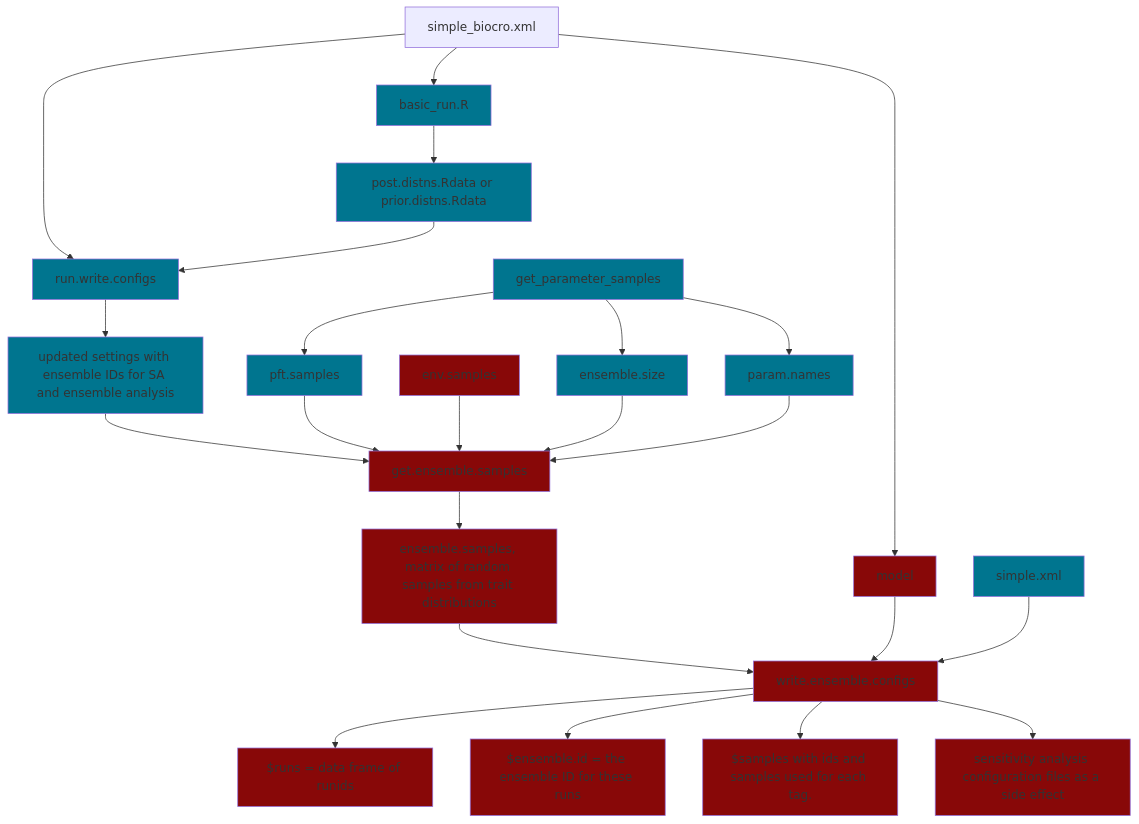
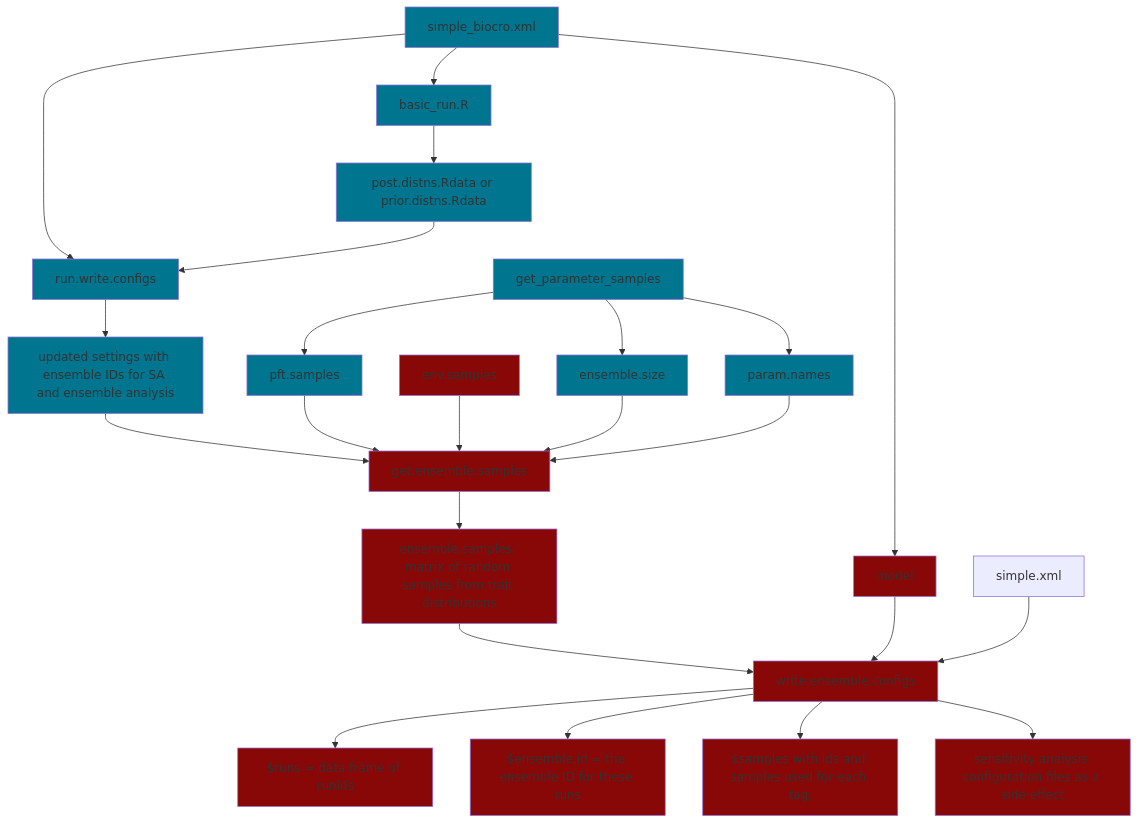
One commit to ecamo19/gsoc_project_2022_vm changed the diagram in README.md. Above: the diagram before and after it, drawn with Mermaid.

````diff
--- a/README.md
+++ b/README.md
@@ -47,58 +47,58 @@
 ```mermaid
   graph TD;
       simple_biocro.xml-->run.write.configs;
       simple_biocro.xml-->basic_run.R;
       simple_biocro.xml-->model;
       
       basic_run.R-->posterior.files[post.distns.Rdata or prior.distns.Rdata];
       posterior.files[post.distns.Rdata or prior.distns.Rdata]-->run.write.configs;
       run.write.configs-->output_1[updated settings with ensemble IDs for SA and ensemble analysis ];
       output_1[updated settings with ensemble IDs for SA and ensemble analysis]-->get.ensemble.samples;
       
       input_get_ensemble_1[pft.samples]-->get.ensemble.samples;
       input_get_ensemble_2[env.samples]-->get.ensemble.samples;
       input_get_ensemble_3[ensemble.size]-->get.ensemble.samples;
       input_get_ensemble_4[param.names]-->get.ensemble.samples;
       
       get_parameter_samples-->input_get_ensemble_1[pft.samples];  
       get_parameter_samples-->input_get_ensemble_3[ensemble.size];
       get_parameter_samples-->input_get_ensemble_4[param.names];
       get.ensemble.samples-->output_get_ensemble[ensemble.samples, matrix of random samples from trait distributions];
       
       output_get_ensemble[ensemble.samples, matrix of random samples from trait distributions]-->write.ensemble.configs;
       model-->write.ensemble.configs;
       simple.xml-->write.ensemble.configs;
       
       write.ensemble.configs-->output_write_ensemble_1[$runs = data frame of runids];
       write.ensemble.configs-->output_write_ensemble_2[$ensemble.id = the ensemble ID for these runs];
       write.ensemble.configs-->output_write_ensemble_3[$samples with ids and samples used for each tag.];
       write.ensemble.configs-->output_write_ensemble_4[sensitivity analysis configuration files as a side effect];
       
       %% Blue color boxes
       
       style get_parameter_samples fill:#00758f
       style basic_run.R fill:#00758f
       style output_1 fill:#00758f
       style run.write.configs fill:#00758f
-      style simple.xml fill:#00758f
+      style simple_biocro.xml fill:#00758f
       style posterior.files fill:#00758f
       style input_get_ensemble_1 fill:#00758f
       
       style input_get_ensemble_3 fill:#00758f
       style input_get_ensemble_4 fill:#00758f
       
       
       
       %% Red color boxes  
       
       style input_get_ensemble_2 fill:#880808
       style get.ensemble.samples fill:#880808
       style output_get_ensemble  fill:#880808 
       style model fill:#880808 
       style write.ensemble.configs fill:#880808
       style output_write_ensemble_1 fill:#880808
       style output_write_ensemble_2 fill:#880808
       style output_write_ensemble_3 fill:#880808
       style output_write_ensemble_4 fill:#880808
       
 ```
````
